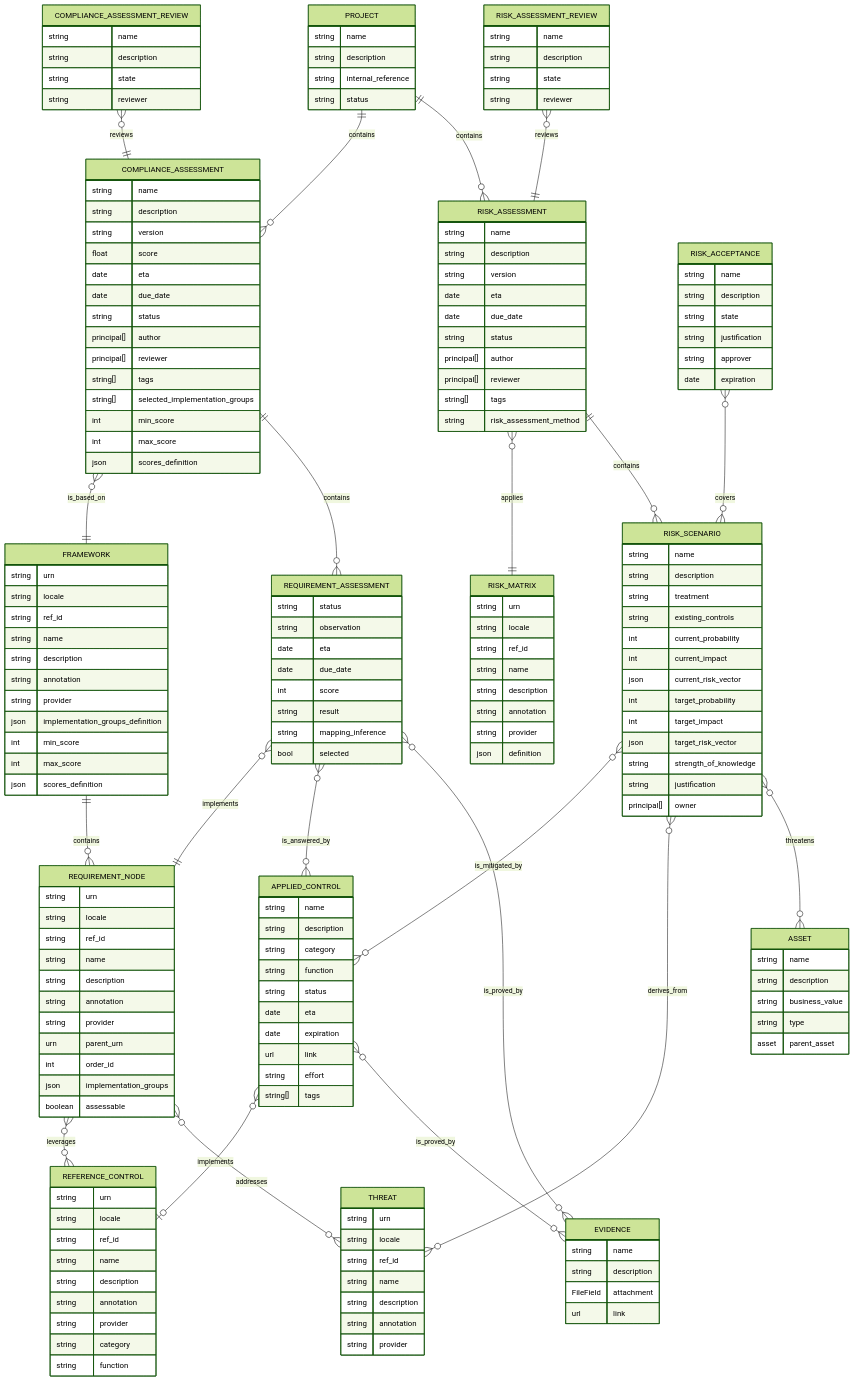
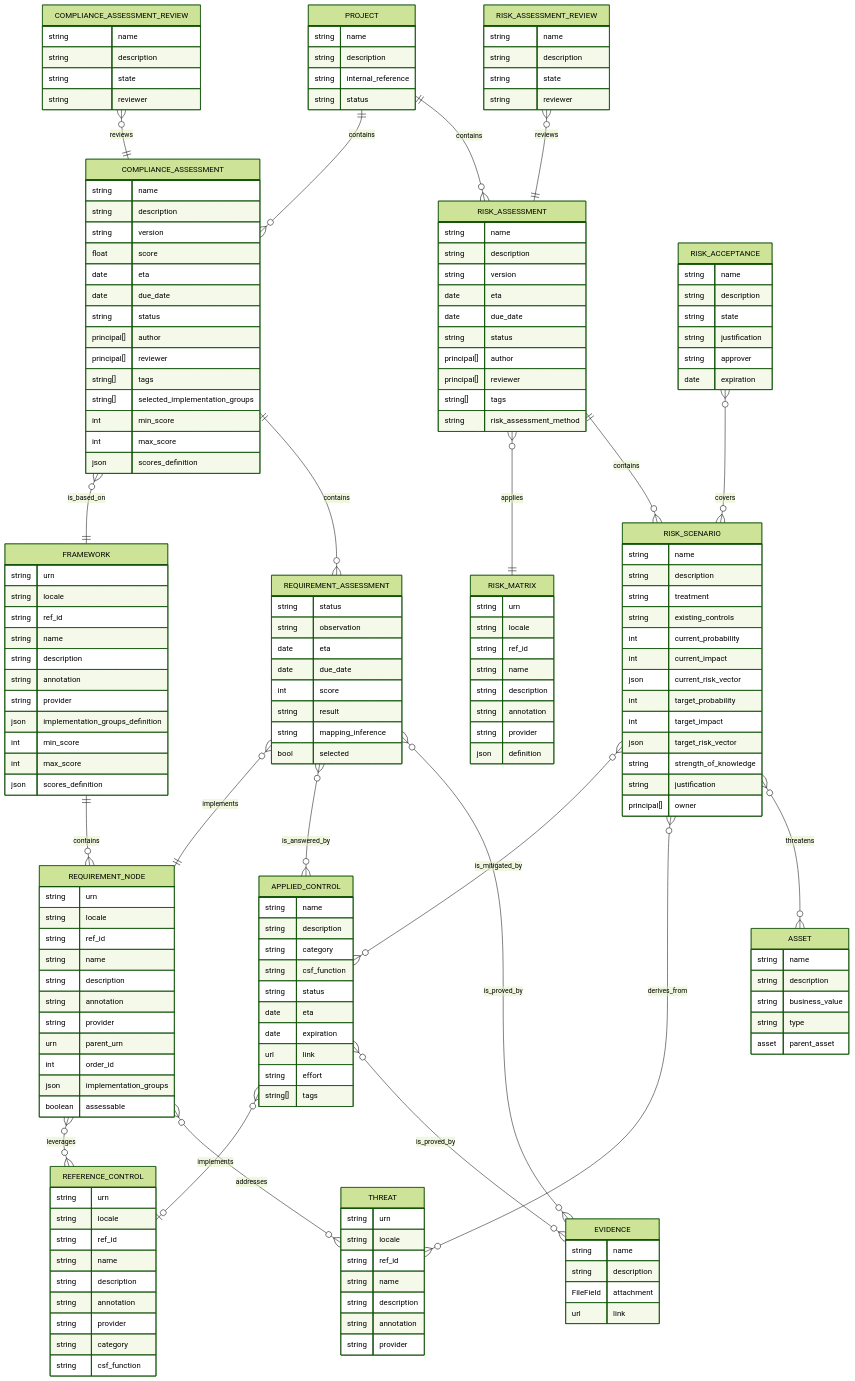
The fourth of 7 diagrams in documentation/architecture/data-model.md (intuitem/ciso-assistant-community), drawn with Mermaid (forest theme) before and after one commit. The commit also changed other lines of this file and 34 other files, not shown here.

```diff
--- a/documentation/architecture/data-model.md
+++ b/documentation/architecture/data-model.md
@@ -201,7 +201,7 @@
         string  provider
 
         string  category
-        string  function
+        string  csf_function
     }
 
     APPLIED_CONTROL {
@@ -209,7 +209,7 @@
         string   description
 
         string   category
-        string   function
+        string   csf_function
         string   status
         date     eta
         date     expiration
```
